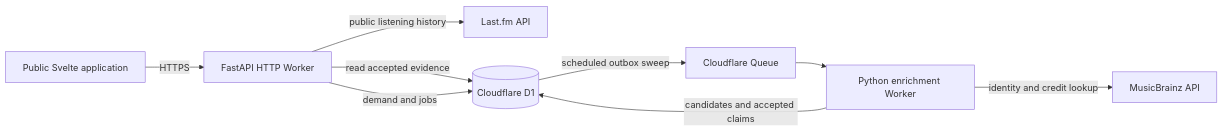
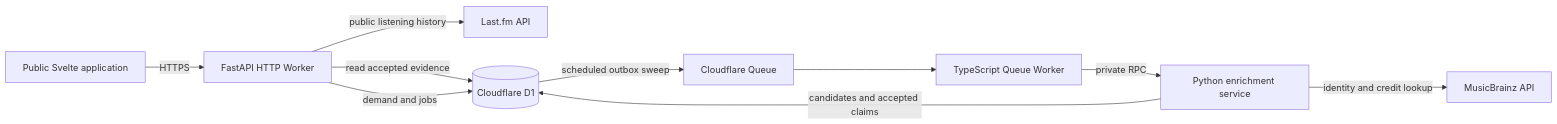
One commit to rosa-gus/timbre-palette changed the diagram in README.md. Above: the diagram before and after it, drawn with Mermaid. The commit also changed other lines of this file and 11 other files, not shown here.

````diff
--- a/README.md
+++ b/README.md
@@ -55,11 +55,12 @@
 ```mermaid
 flowchart LR
     Browser[Public Svelte application] -->|HTTPS| API[FastAPI HTTP Worker]
     API -->|public listening history| LastFM[Last.fm API]
     API -->|read accepted evidence| D1[(Cloudflare D1)]
     API -->|demand and jobs| D1[(Cloudflare D1)]
     D1 -->|scheduled outbox sweep| Queue[Cloudflare Queue]
-    Queue --> Enricher[Python enrichment Worker]
+    Queue --> QueueWorker[TypeScript Queue Worker]
+    QueueWorker -->|private RPC| Enricher[Python enrichment service]
     Enricher -->|identity and credit lookup| MusicBrainz[MusicBrainz API]
     Enricher -->|candidates and accepted claims| D1
 ```
````
